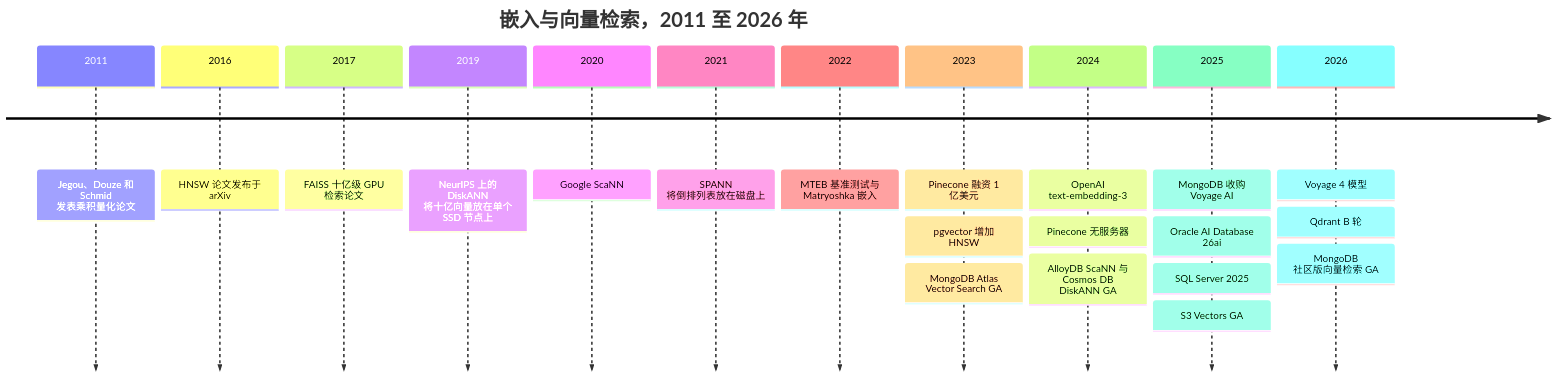
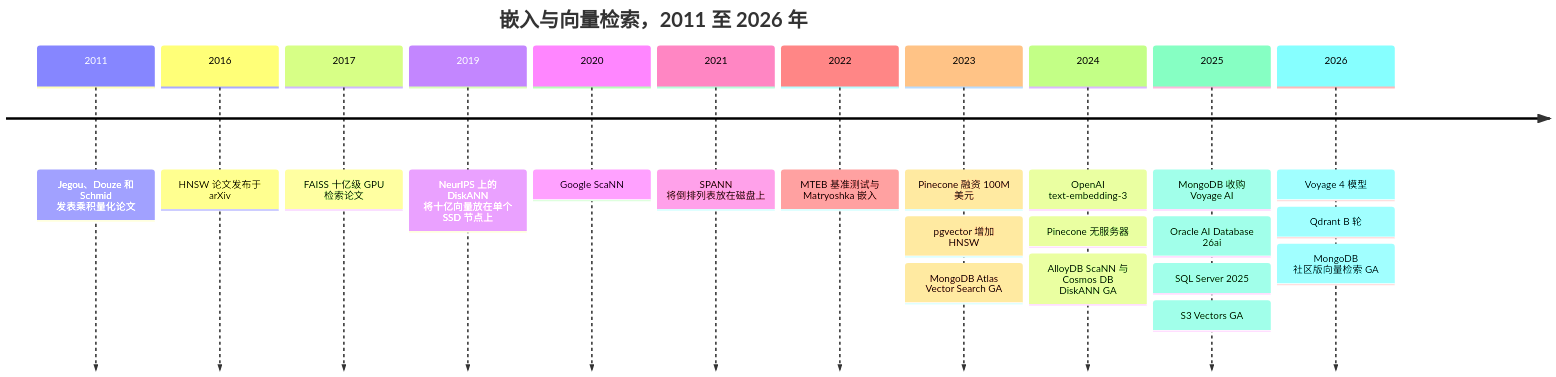
Before and after one commit to FrankHuang94/data_tech_db_claude: the sixth of 6 diagrams in Chinese translation/docs/03-ai-data-stack/ch18-embeddings-and-vector-search.md, drawn with Mermaid. The commit also changed other lines of this file and 9 other files, not shown here.

````diff
--- a/Chinese translation/docs/03-ai-data-stack/ch18-embeddings-and-vector-search.md
+++ b/Chinese translation/docs/03-ai-data-stack/ch18-embeddings-and-vector-search.md
@@ -274,15 +274,15 @@
 ```mermaid
 timeline
     title 嵌入与向量检索，2011 至 2026 年
     2011 : Jegou、Douze 和 Schmid 发表乘积量化论文
     2016 : HNSW 论文发布于 arXiv
     2017 : FAISS 十亿级 GPU 检索论文
     2019 : NeurIPS 上的 DiskANN 将十亿向量放在单个 SSD 节点上
     2020 : Google ScaNN
     2021 : SPANN 将倒排列表放在磁盘上
     2022 : MTEB 基准测试与 Matryoshka 嵌入
-    2023 : Pinecone 融资 1 亿美元 : pgvector 增加 HNSW : MongoDB Atlas Vector Search GA
+    2023 : Pinecone 融资 100M 美元 : pgvector 增加 HNSW : MongoDB Atlas Vector Search GA
     2024 : OpenAI text-embedding-3 : Pinecone 无服务器 : AlloyDB ScaNN 与 Cosmos DB DiskANN GA
     2025 : MongoDB 收购 Voyage AI : Oracle AI Database 26ai : SQL Server 2025 : S3 Vectors GA
     2026 : Voyage 4 模型 : Qdrant B 轮 : MongoDB 社区版向量检索 GA
 ```
````
